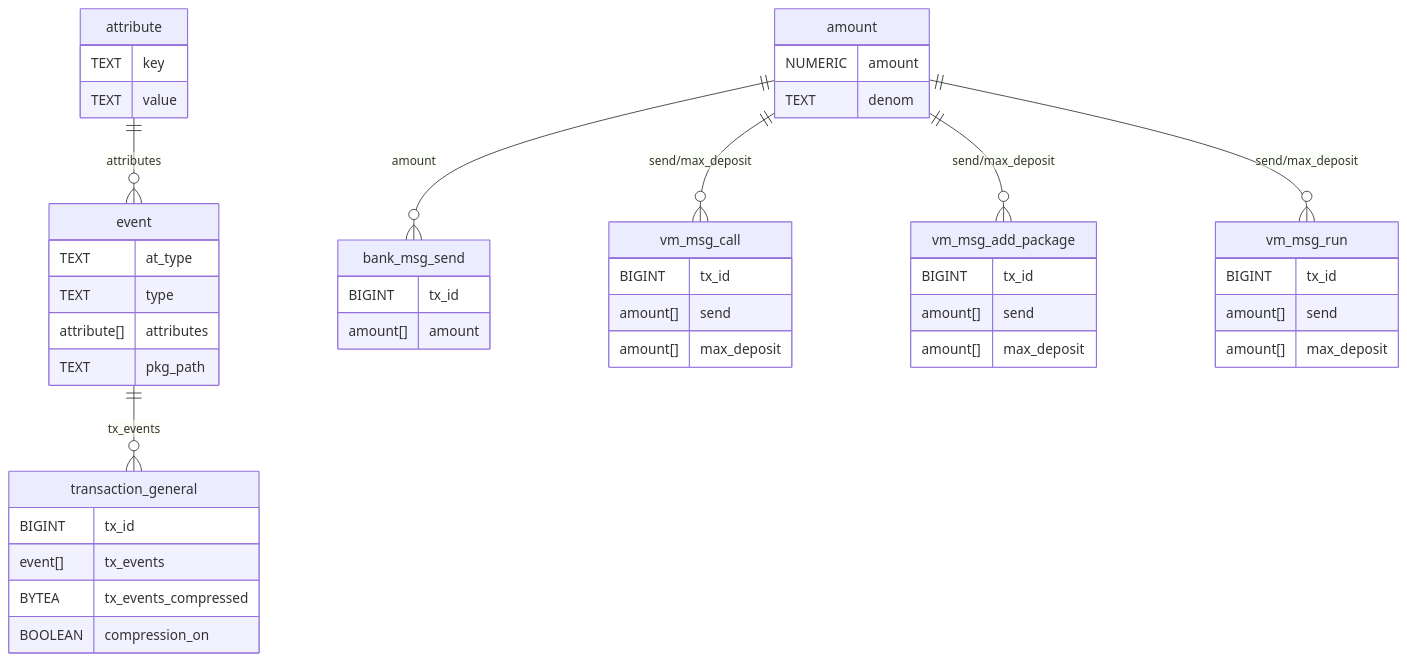
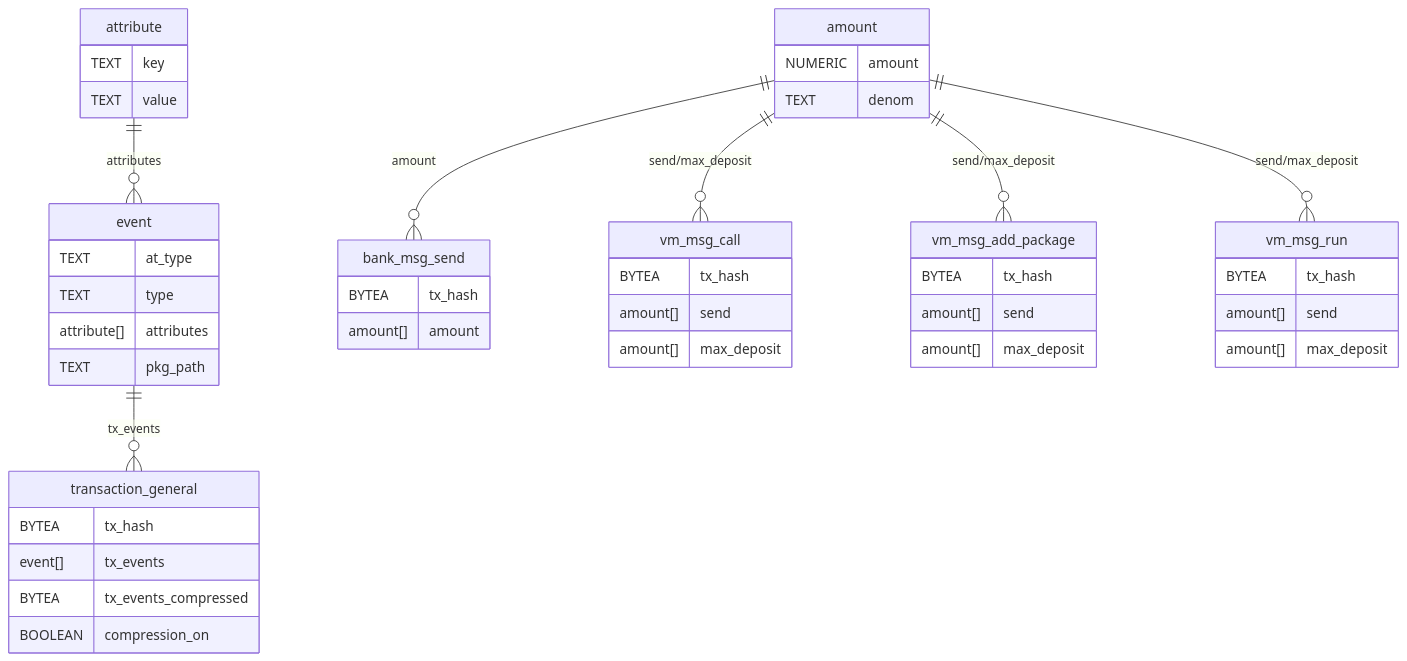
Before and after one commit to Cogwheel-Validator/spectra-gnoland-indexer: the fourth of 6 diagrams in docs/data-model.md, drawn with Mermaid. The commit also changed other lines of this file, not shown here.

````diff
--- a/docs/data-model.md
+++ b/docs/data-model.md
@@ -215,48 +203,48 @@
 ```mermaid
 erDiagram
     amount {
       NUMERIC amount
       TEXT denom
     }
     attribute {
       TEXT key
       TEXT value
     }
     event {
       TEXT at_type
       TEXT type
       attribute[] attributes
       TEXT pkg_path
     }
     transaction_general {
-      BIGINT tx_id
+      BYTEA tx_hash
       event[] tx_events
       BYTEA tx_events_compressed
       BOOLEAN compression_on
     }
     bank_msg_send {
-      BIGINT tx_id
+      BYTEA tx_hash
       amount[] amount
     }
     vm_msg_call {
-      BIGINT tx_id
+      BYTEA tx_hash
       amount[] send
       amount[] max_deposit
     }
     vm_msg_add_package {
-      BIGINT tx_id
+      BYTEA tx_hash
       amount[] send
       amount[] max_deposit
     }
     vm_msg_run {
-      BIGINT tx_id
+      BYTEA tx_hash
       amount[] send
       amount[] max_deposit
     }
     attribute ||--o{ event : "attributes"
     event ||--o{ transaction_general : "tx_events"
     amount ||--o{ bank_msg_send : "amount"
     amount ||--o{ vm_msg_call : "send/max_deposit"
     amount ||--o{ vm_msg_add_package : "send/max_deposit"
     amount ||--o{ vm_msg_run : "send/max_deposit"
 ```
````
